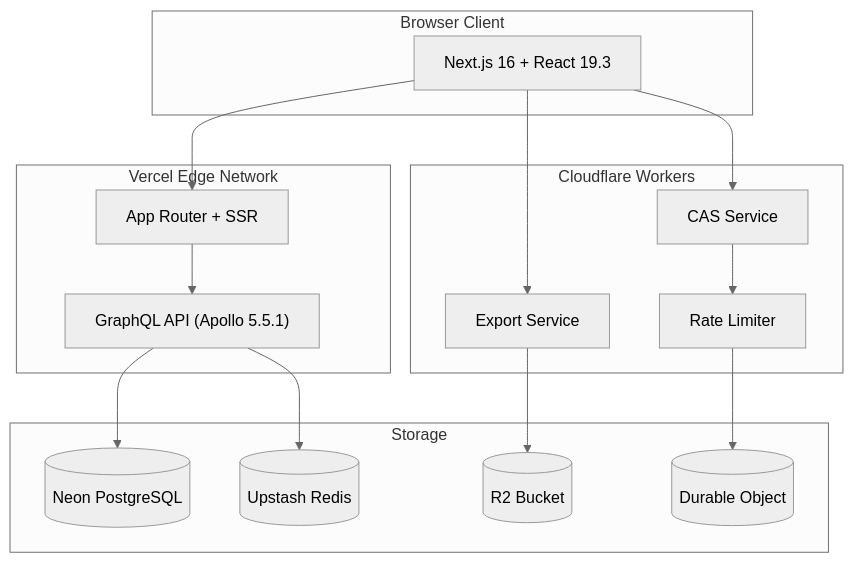
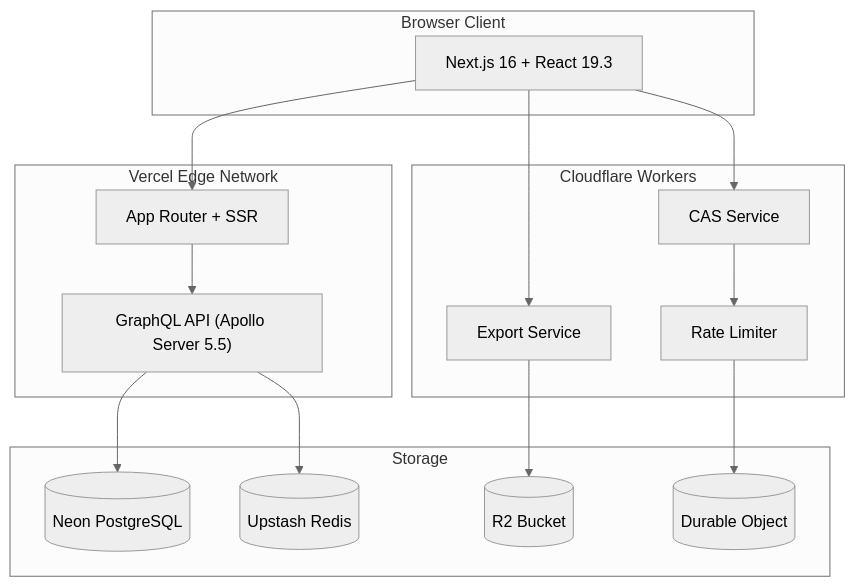
Before and after one commit to ABCrimson/NextCalc: the first of 4 diagrams in ARCHITECTURE.md, drawn with Mermaid (neutral theme). The commit also changed other lines of this file and 19 other files, not shown here.

````diff
--- a/ARCHITECTURE.md
+++ b/ARCHITECTURE.md
@@ -5,30 +5,30 @@
 ```mermaid
 graph TB
     subgraph Client["Browser Client"]
         A["Next.js 16 + React 19.3"]
     end
     subgraph Vercel["Vercel Edge Network"]
         B["App Router + SSR"]
-        C["GraphQL API (Apollo 5.5.1)"]
+        C["GraphQL API (Apollo Server 5.5)"]
     end
     subgraph CF["Cloudflare Workers"]
         D["CAS Service"]
         E["Export Service"]
         F["Rate Limiter"]
     end
     subgraph Storage
         G[("Neon PostgreSQL")]
         H[("Upstash Redis")]
         I[("R2 Bucket")]
         J[("Durable Object")]
     end
     A --> B
     A --> D
     A --> E
     B --> C
     C --> G
     C --> H
     D --> F
     E --> I
     F --> J
 ```
````
